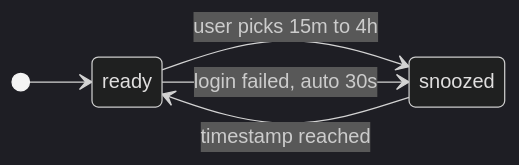
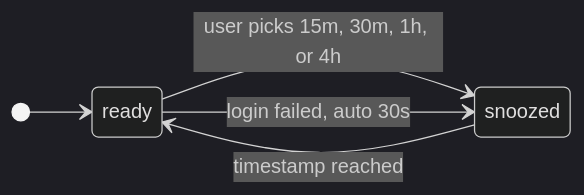
Before and after one commit to rp-arielrodriguez/bazel-aws-maven-proxy: the ninth of 9 diagrams in docs/state-machine.md, drawn with Mermaid (dark theme). The commit also changed other lines of this file and 1 other file, not shown here.

First line of the commit message:
docs: fix 14 mermaid diagram inaccuracies

````diff
--- a/docs/state-machine.md
+++ b/docs/state-machine.md
@@ -153,8 +171,8 @@
 ```mermaid
 stateDiagram-v2
     direction LR
     [*] --> ready
-    ready --> snoozed : user picks 15m to 4h
+    ready --> snoozed : user picks 15m, 30m, 1h, or 4h
     ready --> snoozed : login failed, auto 30s
     snoozed --> ready : timestamp reached
 ```
````
